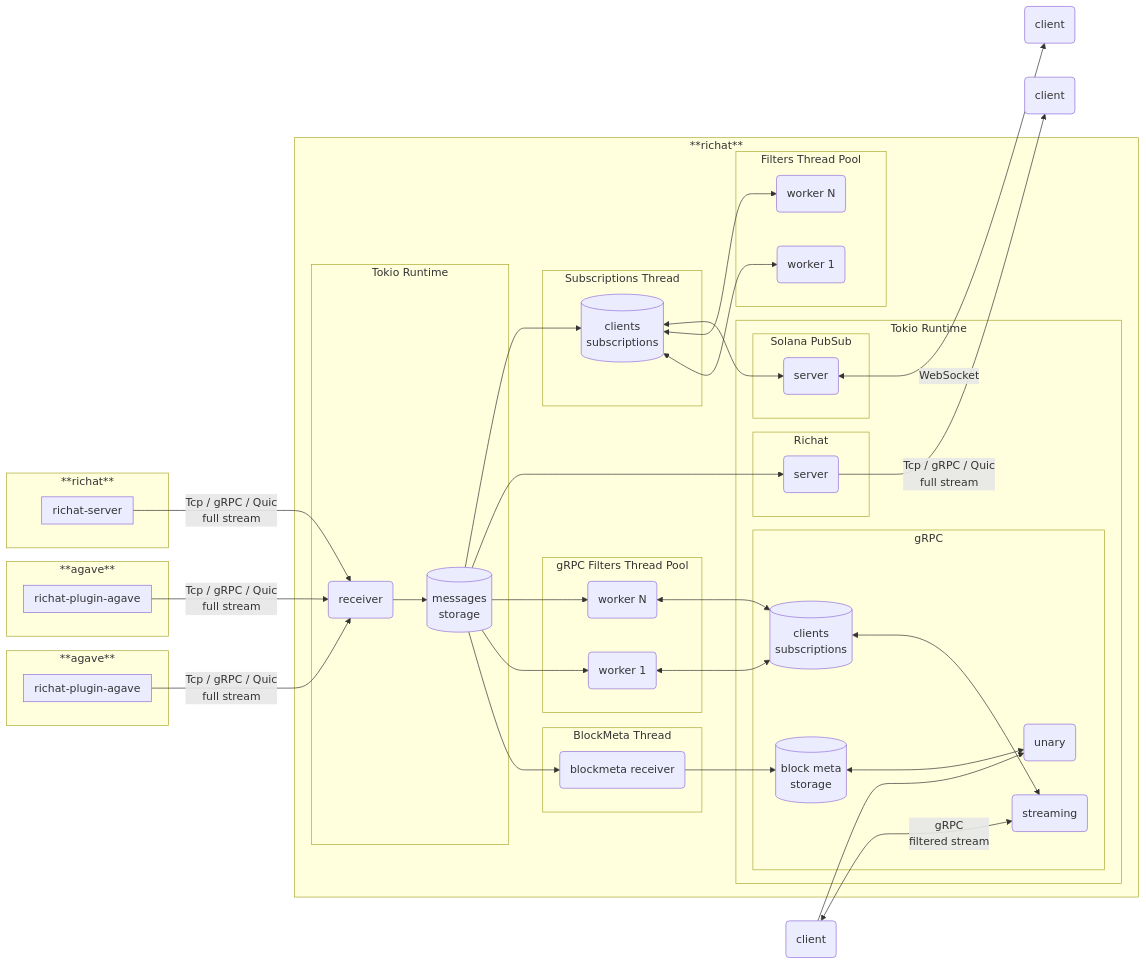
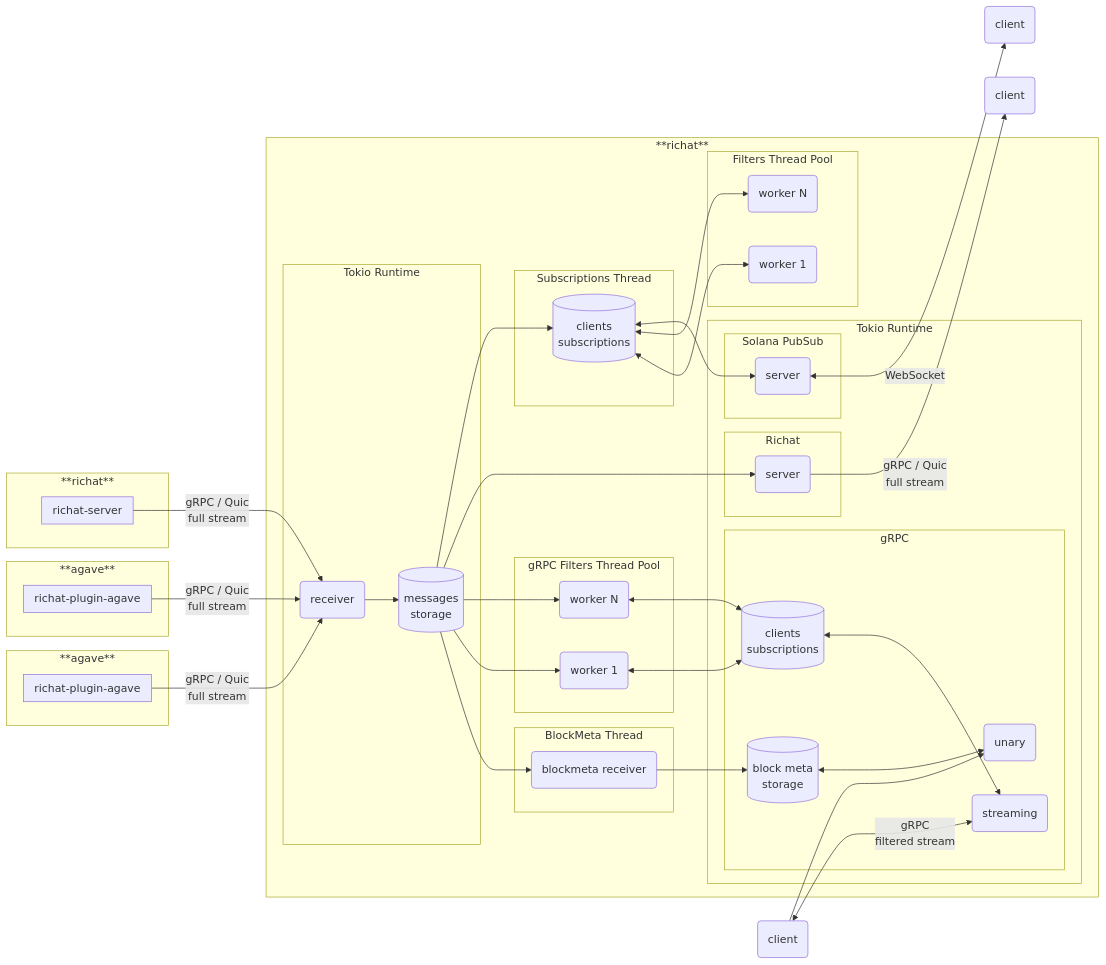
One commit to riprsa/richat changed the second of 2 diagrams in README.md. Above: the diagram before and after it, drawn with Mermaid. The commit also changed 19 other files, not shown here.

Commit message:
richat: remove tcp (#111)

```diff
--- a/README.md
+++ b/README.md
@@ -84,9 +84,9 @@
     client2(client)
     client3(client)
 
-    geyser1 -->|Tcp / gRPC / Quic<br/>full stream| richat1_tokio1_receiver
-    geyser2 -->|Tcp / gRPC / Quic<br/>full stream| richat1_tokio1_receiver
-    richat0_server -->|Tcp / gRPC / Quic<br/>full stream| richat1_tokio1_receiver
+    geyser1 -->|gRPC / Quic<br/>full stream| richat1_tokio1_receiver
+    geyser2 -->|gRPC / Quic<br/>full stream| richat1_tokio1_receiver
+    richat0_server -->|gRPC / Quic<br/>full stream| richat1_tokio1_receiver
     richat1_tokio1_receiver --> richat1_channel
     richat1_channel --> richat1_blockmeta_recv_thread
     richat1_channel --> richat1_grpc_worker1
@@ -99,7 +99,7 @@
     client1 <--> |gRPC<br/>filtered stream| richat1_grpc1_streaming1
     client1 --> richat1_grpc1_unary
     richat1_channel --> richat_server1_sender
-    richat_server1_sender -->|Tcp / gRPC / Quic<br/>full stream| client2
+    richat_server1_sender -->|gRPC / Quic<br/>full stream| client2
     richat1_channel --> richat1_pubsub1_subscriptions
     richat1_pubsub1_subscriptions <--> richat1_pubsub1_pool_worker1
     richat1_pubsub1_subscriptions <--> richat1_pubsub1_pool_worker2
```
